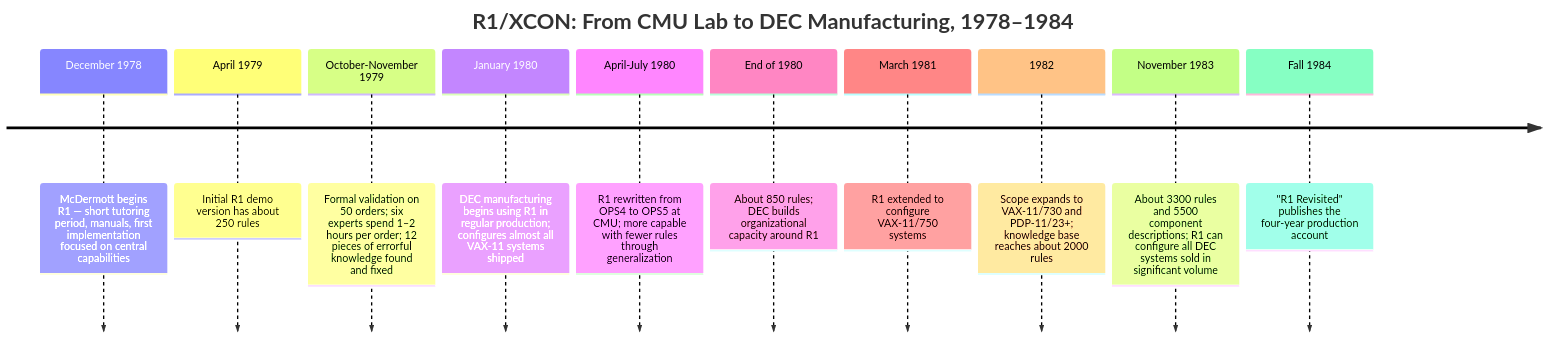
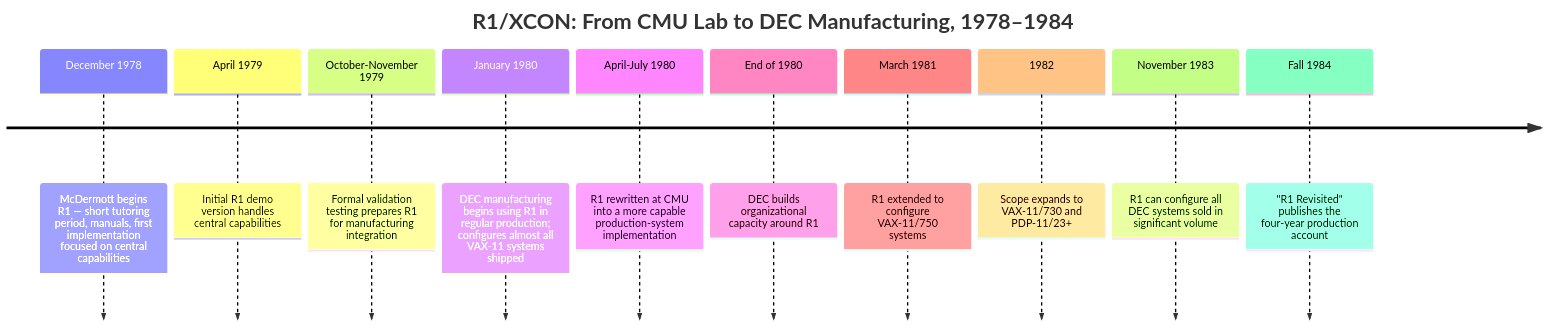
The diagram in src/content/docs/ai-history/ch-21-the-rule-based-fortune.md (kube-dojo/kube-dojo), drawn with Mermaid before and after one commit. The commit also changed other lines of this file and 2 other files, not shown here.

````diff
--- a/src/content/docs/ai-history/ch-21-the-rule-based-fortune.md
+++ b/src/content/docs/ai-history/ch-21-the-rule-based-fortune.md
@@ -30,14 +30,14 @@
 ```mermaid
 timeline
     title R1/XCON: From CMU Lab to DEC Manufacturing, 1978–1984
     December 1978 : McDermott begins R1 — short tutoring period, manuals, first implementation focused on central capabilities
-    April 1979 : Initial R1 demo version has about 250 rules
-    October-November 1979 : Formal validation on 50 orders; six experts spend 1–2 hours per order; 12 pieces of errorful knowledge found and fixed
+    April 1979 : Initial R1 demo version handles central capabilities
+    October-November 1979 : Formal validation testing prepares R1 for manufacturing integration
     January 1980 : DEC manufacturing begins using R1 in regular production; configures almost all VAX-11 systems shipped
-    April-July 1980 : R1 rewritten from OPS4 to OPS5 at CMU; more capable with fewer rules through generalization
-    End of 1980 : About 850 rules; DEC builds organizational capacity around R1
+    April-July 1980 : R1 rewritten at CMU into a more capable production-system implementation
+    End of 1980 : DEC builds organizational capacity around R1
     March 1981 : R1 extended to configure VAX-11/750 systems
-    1982 : Scope expands to VAX-11/730 and PDP-11/23+; knowledge base reaches about 2000 rules
-    November 1983 : About 3300 rules and 5500 component descriptions; R1 can configure all DEC systems sold in significant volume
+    1982 : Scope expands to VAX-11/730 and PDP-11/23+
+    November 1983 : R1 can configure all DEC systems sold in significant volume
     Fall 1984 : "R1 Revisited" publishes the four-year production account
 ```
````
